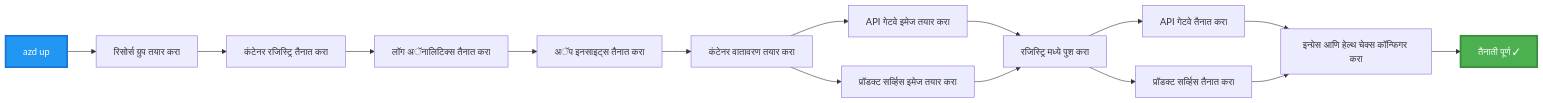
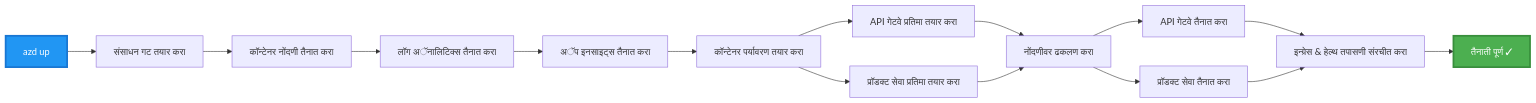
One commit to microsoft/AZD-for-beginners changed the third of 4 diagrams in translations/mr/examples/microservices/README.md. Above: the diagram before and after it, drawn with Mermaid. The commit also changed other lines of this file and 242 other files, not shown here.

````diff
--- a/translations/mr/examples/microservices/README.md
+++ b/translations/mr/examples/microservices/README.md
@@ -242,20 +233,20 @@
 ```mermaid
 graph LR
-    A[azd up] --> B[रिसोर्स ग्रुप तयार करा]
-    B --> C[कंटेनर रजिस्ट्रि तैनात करा]
+    A[azd up] --> B[संसाधन गट तयार करा]
+    B --> C[कॉन्टेनर नोंदणी तैनात करा]
     C --> D[लॉग अॅनालिटिक्स तैनात करा]
     D --> E[अॅप इनसाइट्स तैनात करा]
-    E --> F[कंटेनर वातावरण तयार करा]
-    F --> G[API गेटवे इमेज तयार करा]
-    F --> H[प्रॉडक्ट सर्व्हिस इमेज तयार करा]
-    G --> I[रजिस्ट्रि मध्ये पुश करा]
+    E --> F[कॉन्टेनर पर्यावरण तयार करा]
+    F --> G[API गेटवे प्रतिमा तयार करा]
+    F --> H[प्रॉडक्ट सेवा प्रतिमा तयार करा]
+    G --> I[नोंदणीवर ढकलण करा]
     H --> I
     I --> J[API गेटवे तैनात करा]
-    I --> K[प्रॉडक्ट सर्व्हिस तैनात करा]
-    J --> L[इन्ग्रेस आणि हेल्थ चेक्स कॉन्फिगर करा]
+    I --> K[प्रॉडक्ट सेवा तैनात करा]
+    J --> L[इन्ग्रेस & हेल्थ तपासणी संरचीत करा]
     K --> L
     L --> M[तैनाती पूर्ण ✓]
     
     style A fill:#2196F3,stroke:#1976D2,stroke-width:3px,color:#fff
     style M fill:#4CAF50,stroke:#388E3C,stroke-width:3px,color:#fff
 ```
````
